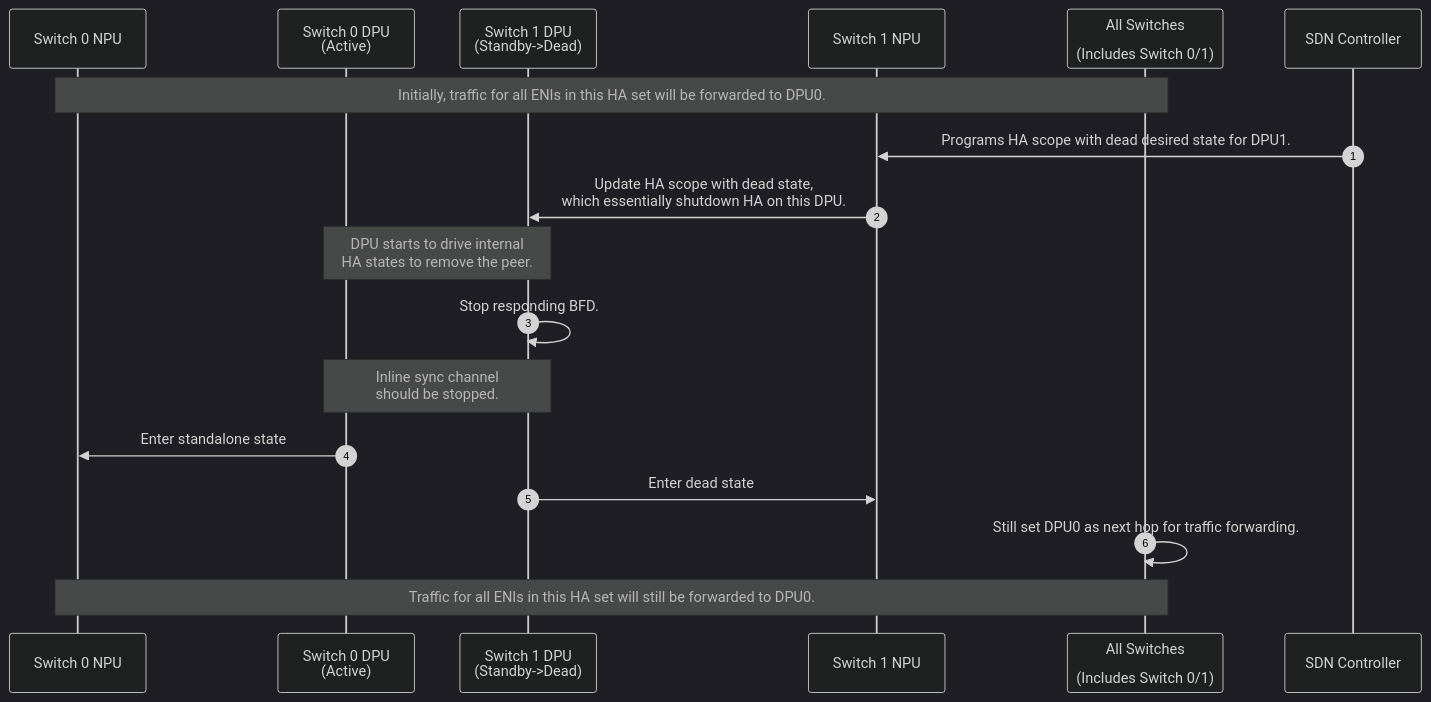
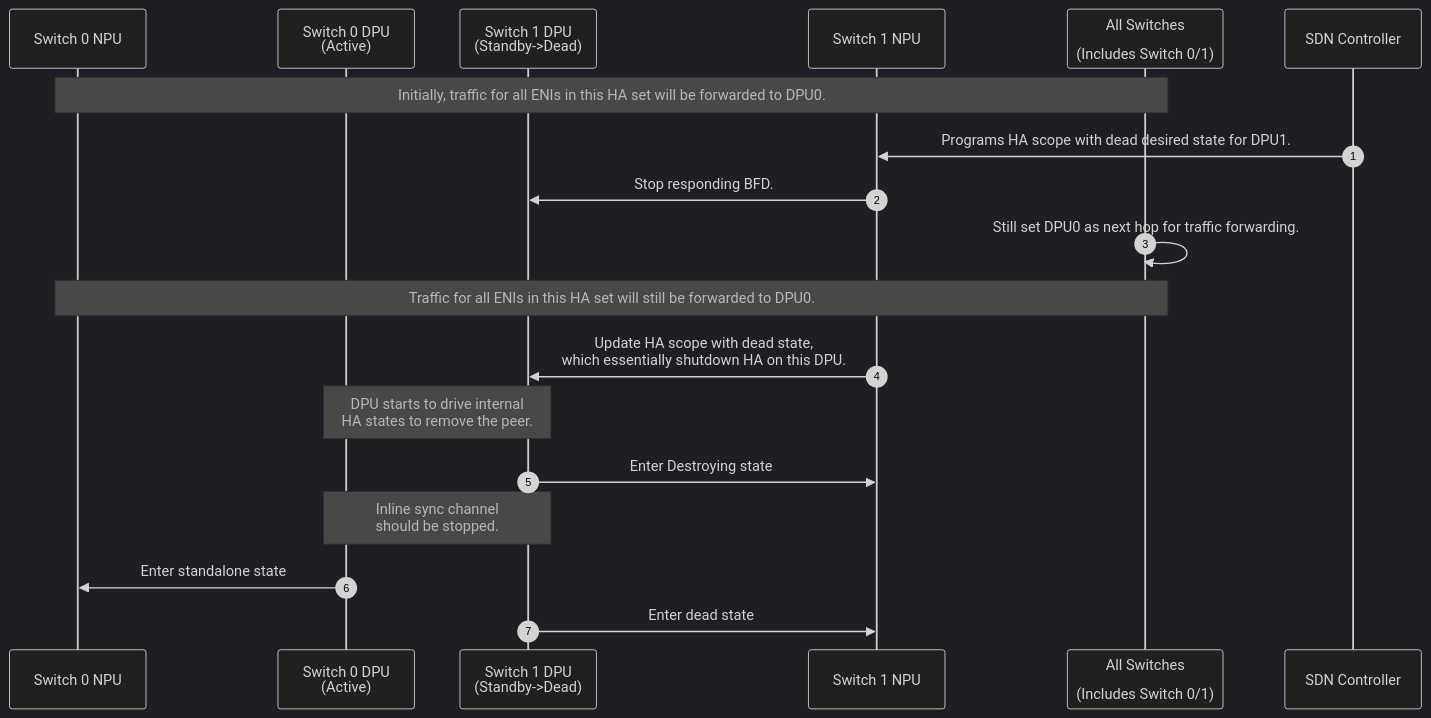
The second of 4 diagrams in doc/smart-switch/high-availability/smart-switch-ha-dpu-scope-dpu-driven-setup.md (sonic-net/SONiC), drawn with Mermaid (dark theme) before and after one commit. The commit also changed other lines of this file and 1 other file, not shown here.

Commit message:
Improve HA state, activate role and fix the BFD responder workflow for DPU-driven HA.

````diff
--- a/doc/smart-switch/high-availability/smart-switch-ha-dpu-scope-dpu-driven-setup.md
+++ b/doc/smart-switch/high-availability/smart-switch-ha-dpu-scope-dpu-driven-setup.md
@@ -247,26 +272,28 @@
 ```mermaid
 sequenceDiagram
    autonumber
 
    participant S0N as Switch 0 NPU
    participant S0D as Switch 0 DPU<br>(Active)
    participant S1D as Switch 1 DPU<br>(Standby->Dead)
    participant S1N as Switch 1 NPU
    participant SA as All Switches<br><br>(Includes Switch 0/1)
    participant SDN as SDN Controller
 
    Note over S0N,SA: Initially, traffic for all ENIs in this HA set will be forwarded to DPU0.
 
    SDN->>S1N: Programs HA scope with dead desired state for DPU1.
+
+   S1N->>S1D: Stop responding BFD.
+   SA->>SA: Still set DPU0 as next hop for traffic forwarding.
+   Note over S0N,SA: Traffic for all ENIs in this HA set will still be forwarded to DPU0.
+
    S1N->>S1D: Update HA scope with dead state,<br>which essentially shutdown HA on this DPU.
+   Note over S0D,S1D: DPU starts to drive internal<br>HA states to remove the peer.
 
-   Note over S0D,S1D: DPU starts to drive internal<br>HA states to remove the peer.
-   S1D->>S1D: Stop responding BFD.
+   S1D->>S1N: Enter Destroying state
    Note over S0D,S1D: Inline sync channel<br>should be stopped.
 
    S0D->>S0N: Enter standalone state
    S1D->>S1N: Enter dead state
-   SA->>SA: Still set DPU0 as next hop for traffic forwarding.
-
-   Note over S0N,SA: Traffic for all ENIs in this HA set will still be forwarded to DPU0.
 ```
````
